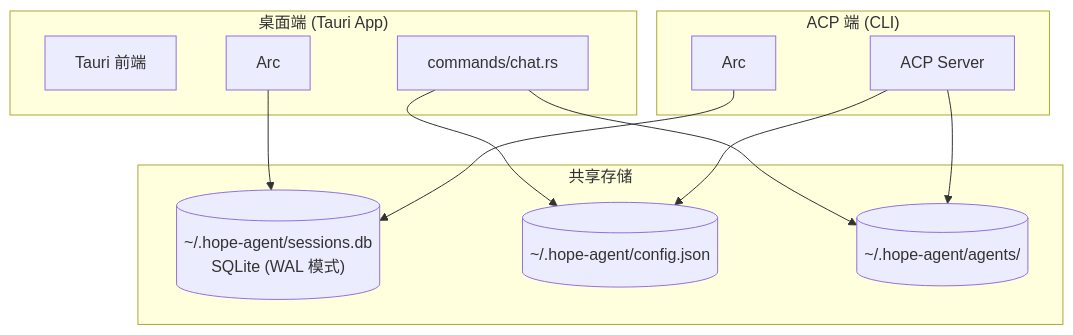
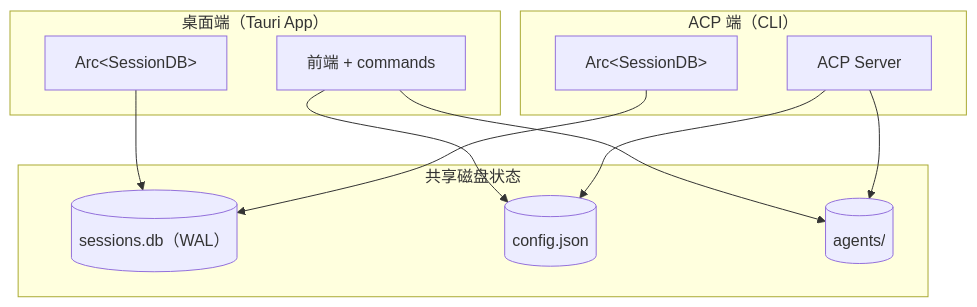
The tenth of 10 diagrams in docs/architecture/acp.md (shiwenwen/hope-agent), drawn with Mermaid before and after one commit. The commit also changed other lines of this file and 11 other files, not shown here.

First line of the commit message:
🦭docs: 第五批 12 篇按新标准重做（domain-quality/domain-eval/dashboard/slash-commands/coding-improvement-loop/coding-eval/reliability/cron/mcp/acp/project/pet）

````diff
--- a/docs/architecture/acp.md
+++ b/docs/architecture/acp.md
@@ -496,27 +464,21 @@
 ```mermaid
 graph TB
-    subgraph "桌面端 (Tauri App)"
-        TAURI["Tauri 前端"]
-        CHAT_CMD["commands/chat.rs"]
-        TAURI_DB["Arc<SessionDB>"]
+    subgraph DESK["桌面端（Tauri App）"]
+        TAURI["前端 + commands"]
+        TDB["Arc&lt;SessionDB&gt;"]
+    end
+    subgraph ACPP["ACP 端（CLI）"]
+        ACPS["ACP Server"]
+        ADB["Arc&lt;SessionDB&gt;"]
+    end
+    subgraph SHARE["共享磁盘状态"]
+        DB[("sessions.db（WAL）")]
+        CFG[("config.json")]
+        FS[("agents/")]
     end
 
-    subgraph "ACP 端 (CLI)"
-        ACP_SERVER["ACP Server"]
-        ACP_DB["Arc<SessionDB>"]
-    end
-
-    subgraph "共享存储"
-        SQLITE[("~/.hope-agent/sessions.db<br/>SQLite (WAL 模式)")]
-        CONFIG_JSON[("~/.hope-agent/config.json")]
-        AGENTS_FS[("~/.hope-agent/agents/")]
-    end
-
-    TAURI_DB --> SQLITE
-    ACP_DB --> SQLITE
-    CHAT_CMD --> CONFIG_JSON
-    ACP_SERVER --> CONFIG_JSON
-    CHAT_CMD --> AGENTS_FS
-    ACP_SERVER --> AGENTS_FS
-
+    TDB --> DB
+    ADB --> DB
+    TAURI --> CFG & FS
+    ACPS --> CFG & FS
 ```
````
